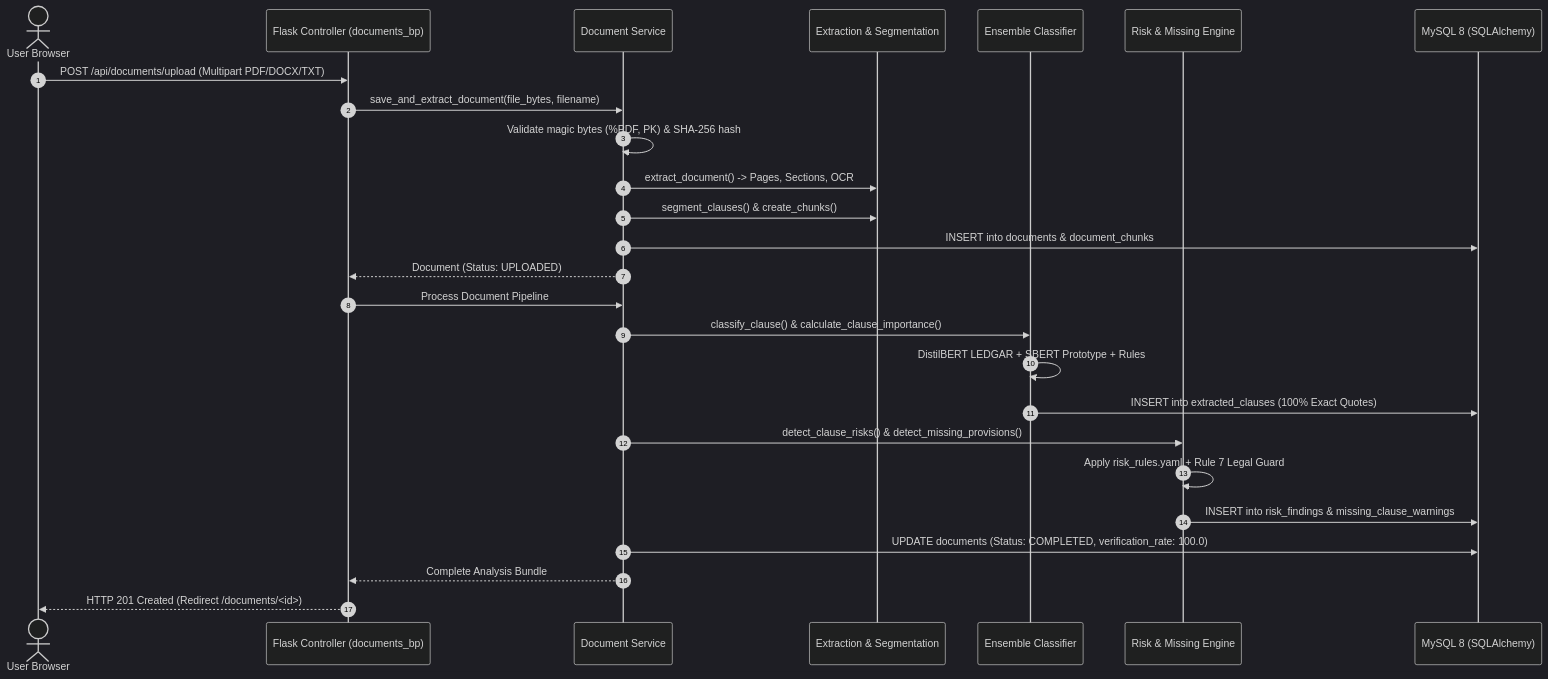
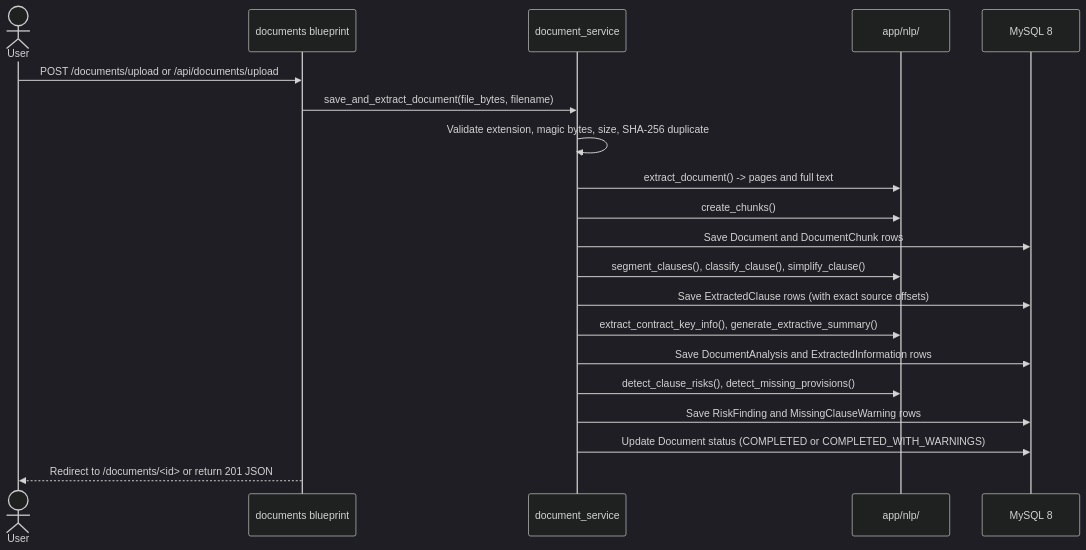
The second of 4 diagrams in docs/architecture.md (rishi-chowdary/KanoonSaathi), drawn with Mermaid (dark theme) before and after one commit. The commit also changed other lines of this file and 10 other files, not shown here.

````diff
--- a/docs/architecture.md
+++ b/docs/architecture.md
@@ -74,32 +68,23 @@
 ```mermaid
 sequenceDiagram
-    autonumber
-    actor User as User Browser
-    participant Flask as Flask Controller (documents_bp)
-    participant DocSvc as Document Service
-    participant NLPExt as Extraction & Segmentation
-    participant NLPClass as Ensemble Classifier
-    participant NLPRisk as Risk & Missing Engine
-    participant DB as MySQL 8 (SQLAlchemy)
-    
-    User->>Flask: POST /api/documents/upload (Multipart PDF/DOCX/TXT)
-    Flask->>DocSvc: save_and_extract_document(file_bytes, filename)
-    DocSvc->>DocSvc: Validate magic bytes (%PDF, PK) & SHA-256 hash
-    DocSvc->>NLPExt: extract_document() -> Pages, Sections, OCR
-    DocSvc->>NLPExt: segment_clauses() & create_chunks()
-    DocSvc->>DB: INSERT into documents & document_chunks
-    DocSvc-->>Flask: Document (Status: UPLOADED)
-    
-    Flask->>DocSvc: Process Document Pipeline
-    DocSvc->>NLPClass: classify_clause() & calculate_clause_importance()
-    NLPClass->>NLPClass: DistilBERT LEDGAR + SBERT Prototype + Rules
-    NLPClass->>DB: INSERT into extracted_clauses (100% Exact Quotes)
-    
-    DocSvc->>NLPRisk: detect_clause_risks() & detect_missing_provisions()
-    NLPRisk->>NLPRisk: Apply risk_rules.yaml + Rule 7 Legal Guard
-    NLPRisk->>DB: INSERT into risk_findings & missing_clause_warnings
-    
-    DocSvc->>DB: UPDATE documents (Status: COMPLETED, verification_rate: 100.0)
-    DocSvc-->>Flask: Complete Analysis Bundle
-    Flask-->>User: HTTP 201 Created (Redirect /documents/<id>)
+    actor User
+    participant Routes as documents blueprint
+    participant DocSvc as document_service
+    participant NLP as app/nlp/
+    participant DB as MySQL 8
+
+    User->>Routes: POST /documents/upload or /api/documents/upload
+    Routes->>DocSvc: save_and_extract_document(file_bytes, filename)
+    DocSvc->>DocSvc: Validate extension, magic bytes, size, SHA-256 duplicate
+    DocSvc->>NLP: extract_document() -> pages and full text
+    DocSvc->>NLP: create_chunks()
+    DocSvc->>DB: Save Document and DocumentChunk rows
+    DocSvc->>NLP: segment_clauses(), classify_clause(), simplify_clause()
+    DocSvc->>DB: Save ExtractedClause rows (with exact source offsets)
+    DocSvc->>NLP: extract_contract_key_info(), generate_extractive_summary()
+    DocSvc->>DB: Save DocumentAnalysis and ExtractedInformation rows
+    DocSvc->>NLP: detect_clause_risks(), detect_missing_provisions()
+    DocSvc->>DB: Save RiskFinding and MissingClauseWarning rows
+    DocSvc->>DB: Update Document status (COMPLETED or COMPLETED_WITH_WARNINGS)
+    Routes-->>User: Redirect to /documents/<id> or return 201 JSON
 ```
````
